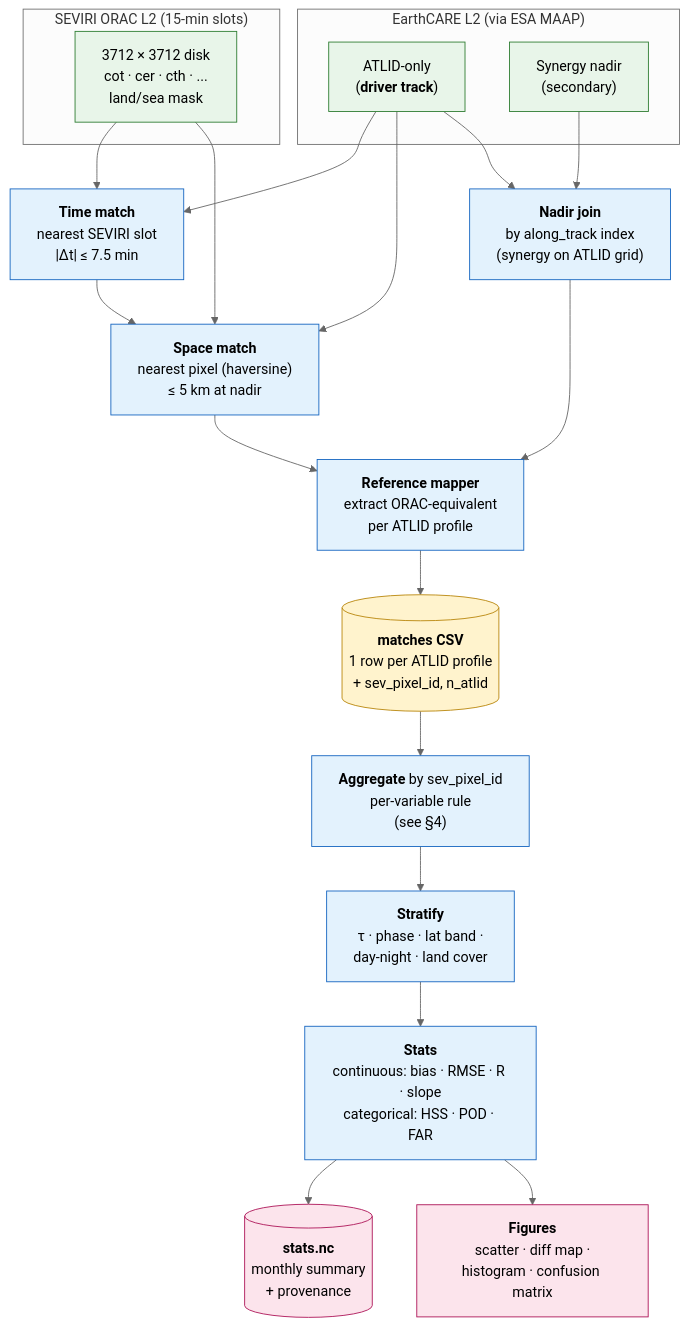
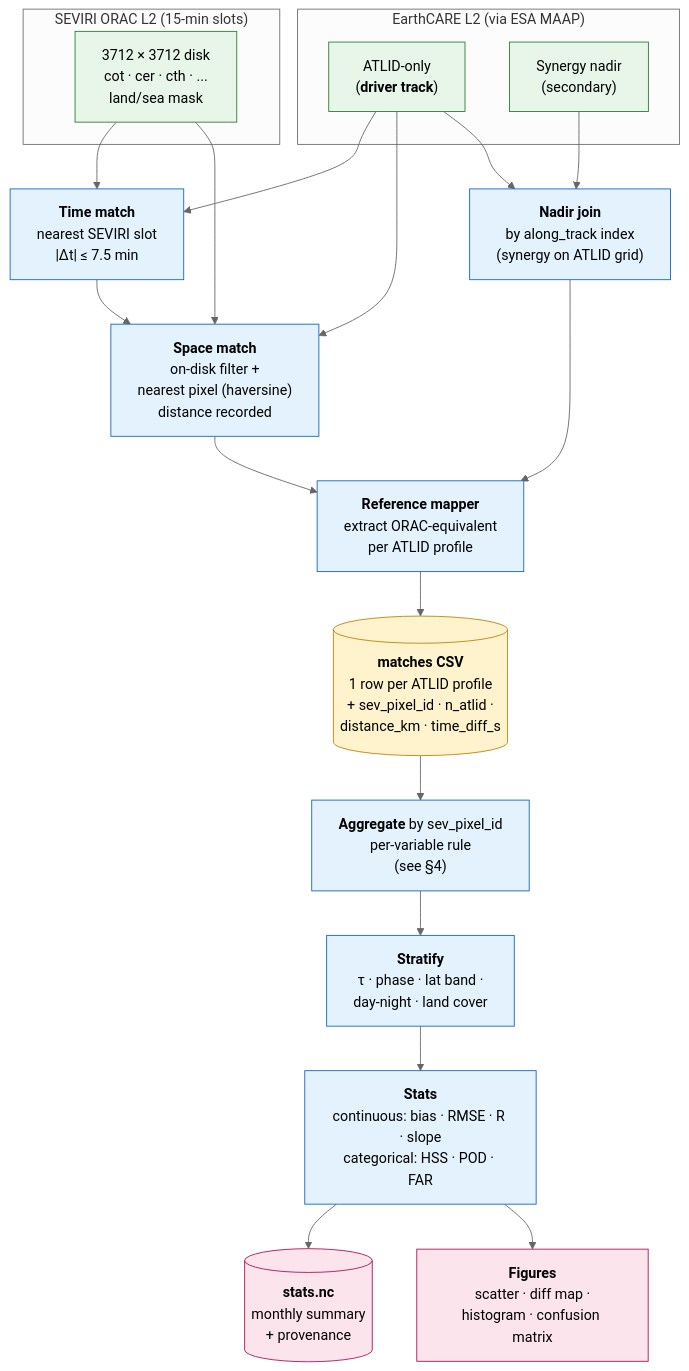
Before and after one commit to ray-climate/cloud_cci: the second of 4 diagrams in docs/validation_pipeline.md, drawn with Mermaid (neutral theme). The commit also changed other lines of this file, not shown here.

First line of the commit message:
docs(validation): drop hard 5 km space-match threshold

````diff
--- a/docs/validation_pipeline.md
+++ b/docs/validation_pipeline.md
@@ -53,47 +53,47 @@
 ```mermaid
 flowchart TB
     classDef src fill:#e8f5e9,stroke:#2e7d32,color:#000
     classDef proc fill:#e3f2fd,stroke:#1565c0,color:#000
     classDef store fill:#fff3cd,stroke:#b8860b,color:#000
     classDef out fill:#fce4ec,stroke:#ad1457,color:#000
 
     subgraph EC["EarthCARE L2 (via ESA MAAP)"]
         ECA["ATLID-only<br/>(<b>driver track</b>)"]:::src
         ECS["Synergy nadir<br/>(secondary)"]:::src
     end
 
     subgraph SEV["SEVIRI ORAC L2 (15-min slots)"]
         SEVF["3712 × 3712 disk<br/>cot · cer · cth · ...<br/>land/sea mask"]:::src
     end
 
     TM["<b>Time match</b><br/>nearest SEVIRI slot<br/>|Δt| ≤ 7.5 min"]:::proc
-    SM["<b>Space match</b><br/>nearest pixel (haversine)<br/>≤ 5 km at nadir"]:::proc
+    SM["<b>Space match</b><br/>on-disk filter +<br/>nearest pixel (haversine)<br/>distance recorded"]:::proc
     NJ["<b>Nadir join</b><br/>by along_track index<br/>(synergy on ATLID grid)"]:::proc
 
     REF["<b>Reference mapper</b><br/>extract ORAC-equivalent<br/>per ATLID profile"]:::proc
 
-    DB[("<b>matches CSV</b><br/>1 row per ATLID profile<br/>+ sev_pixel_id, n_atlid")]:::store
+    DB[("<b>matches CSV</b><br/>1 row per ATLID profile<br/>+ sev_pixel_id · n_atlid ·<br/>distance_km · time_diff_s")]:::store
 
     AGG["<b>Aggregate</b> by sev_pixel_id<br/>per-variable rule<br/>(see §4)"]:::proc
     STR["<b>Stratify</b><br/>τ · phase · lat band ·<br/>day-night · land cover"]:::proc
     ST["<b>Stats</b><br/>continuous: bias · RMSE · R · slope<br/>categorical: HSS · POD · FAR"]:::proc
 
     NC[("<b>stats.nc</b><br/>monthly summary<br/>+ provenance")]:::out
     FIG["<b>Figures</b><br/>scatter · diff map ·<br/>histogram · confusion matrix"]:::out
 
     ECA --> TM
     SEVF --> TM
     TM --> SM
     ECA --> SM
     SEVF --> SM
     SM --> REF
     ECS --> NJ
     ECA --> NJ
     NJ --> REF
     REF --> DB
     DB --> AGG
     AGG --> STR
     STR --> ST
     ST --> NC
     ST --> FIG
 ```
````
